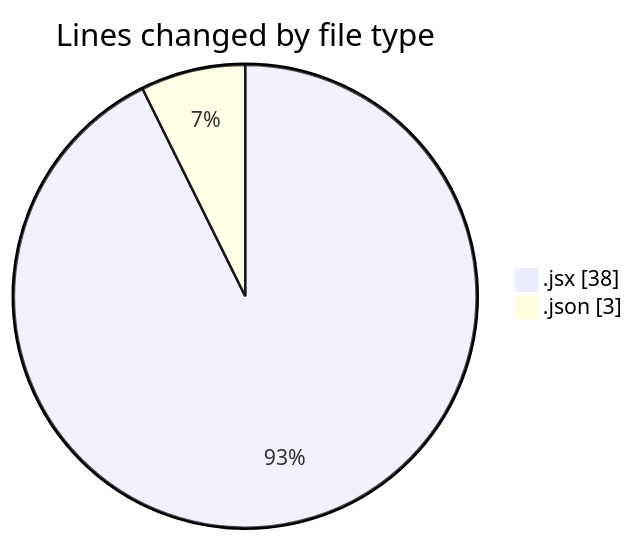
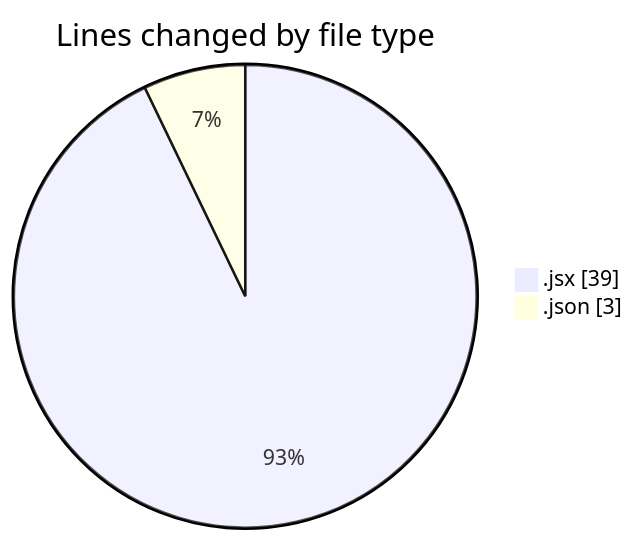
The first of 2 diagrams in 2025-01-24/react/README.md (Elitesun/code-tracking), drawn with Mermaid before and after one commit. The commit also changed other lines of this file and 1 other file, not shown here.

````diff
--- a/2025-01-24/react/README.md
+++ b/2025-01-24/react/README.md
@@ -22,6 +22,6 @@
 ```mermaid
 pie showData
 title Lines changed by file type
-".jsx" : 38
+".jsx" : 39
 ".json" : 3
 ```
````
